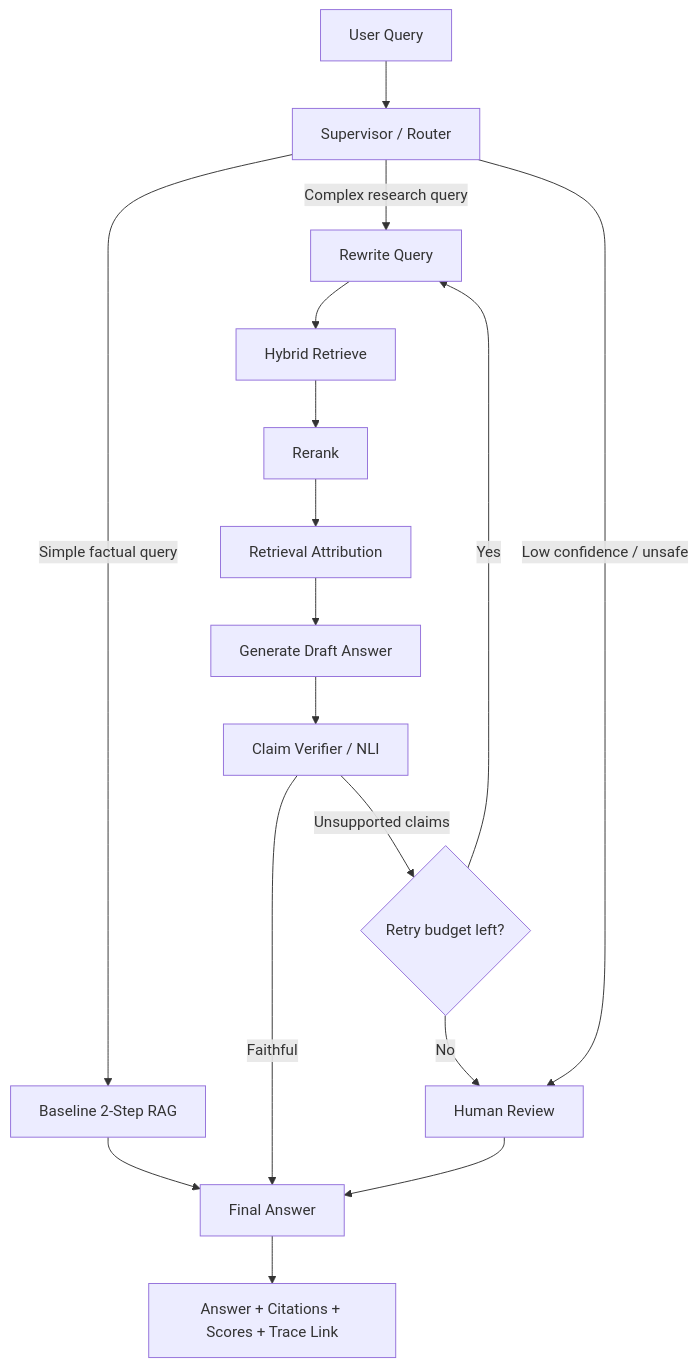
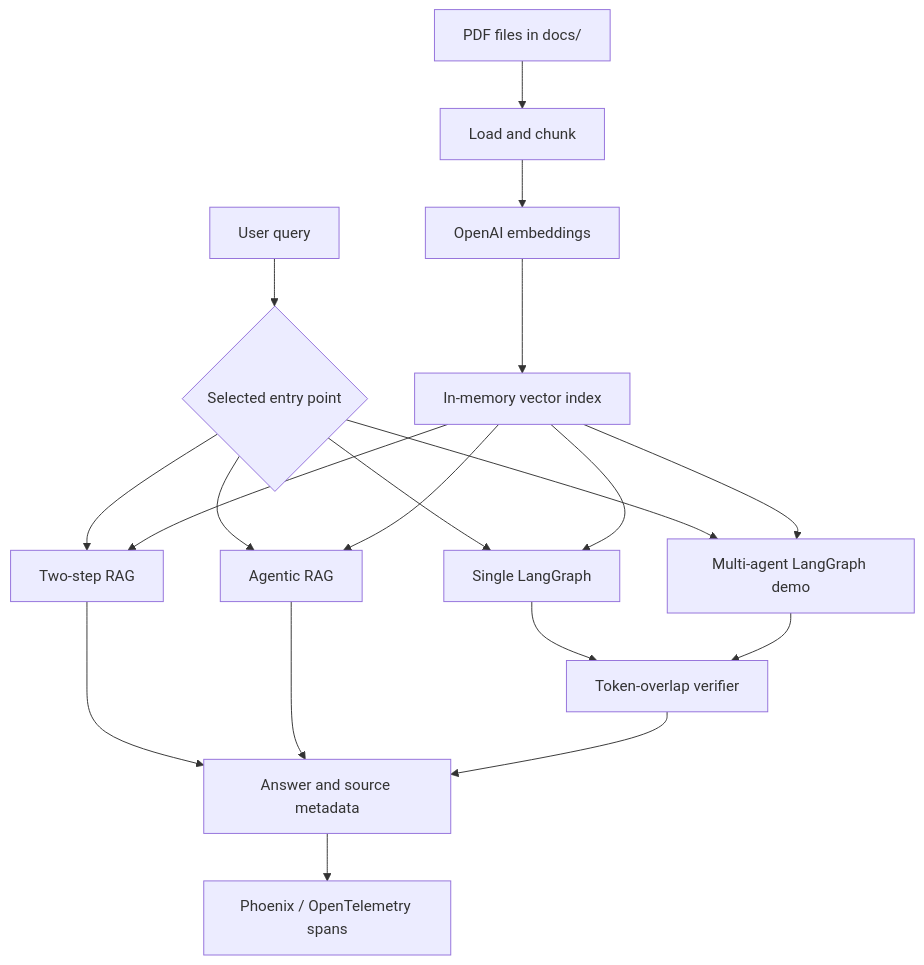
One commit to neeraj1909/explainable-agentic-rag changed the diagram in README.md. Above: the diagram before and after it, drawn with Mermaid. The commit also changed other lines of this file and 4 other files, not shown here.

Commit message:
docs: align project status, setup , and architecture

````diff
--- a/README.md
+++ b/README.md
@@ -53,24 +61,25 @@
 ```mermaid
 flowchart TD
-    U[User Query] --> S[Supervisor / Router]
+    P[PDF files in docs/] --> L[Load and chunk]
+    L --> E[OpenAI embeddings]
+    E --> I[In-memory vector index]
 
-    S -->|Simple factual query| B[Baseline 2-Step RAG]
-    S -->|Complex research query| W[Rewrite Query]
-    S -->|Low confidence / unsafe| H[Human Review]
+    Q[User query] --> C{Selected entry point}
+    C --> B[Two-step RAG]
+    C --> A[Agentic RAG]
+    C --> G[Single LangGraph]
+    C --> M[Multi-agent LangGraph demo]
 
-    W --> R[Hybrid Retrieve]
-    R --> K[Rerank]
-    K --> A[Retrieval Attribution]
-    A --> G[Generate Draft Answer]
-    G --> V[Claim Verifier / NLI]
+    I --> B
+    I --> A
+    I --> G
+    I --> M
 
-    V -->|Faithful| F[Final Answer]
-    V -->|Unsupported claims| C{Retry budget left?}
-    C -->|Yes| W
-    C -->|No| H
+    B --> O[Answer and source metadata]
+    A --> O
+    G --> V[Token-overlap verifier]
+    V --> O
+    M --> V
 
-    B --> F
-    H --> F
-
-    F --> O[Answer + Citations + Scores + Trace Link]
+    O --> T[Phoenix / OpenTelemetry spans]
 ```
````
